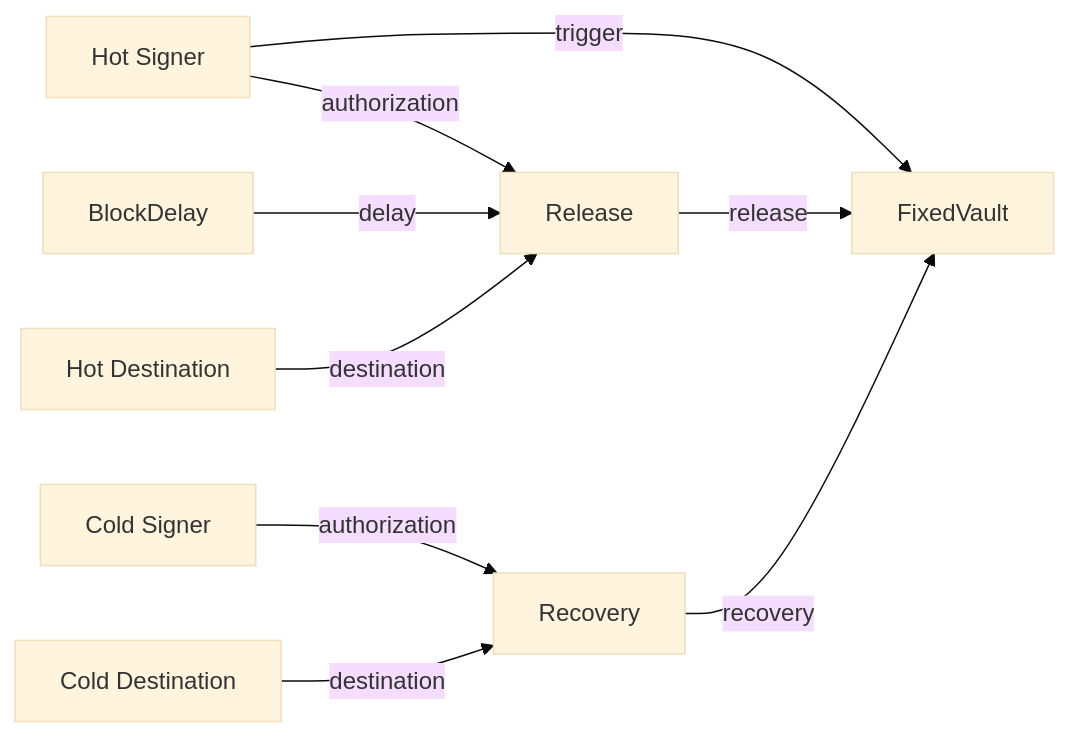
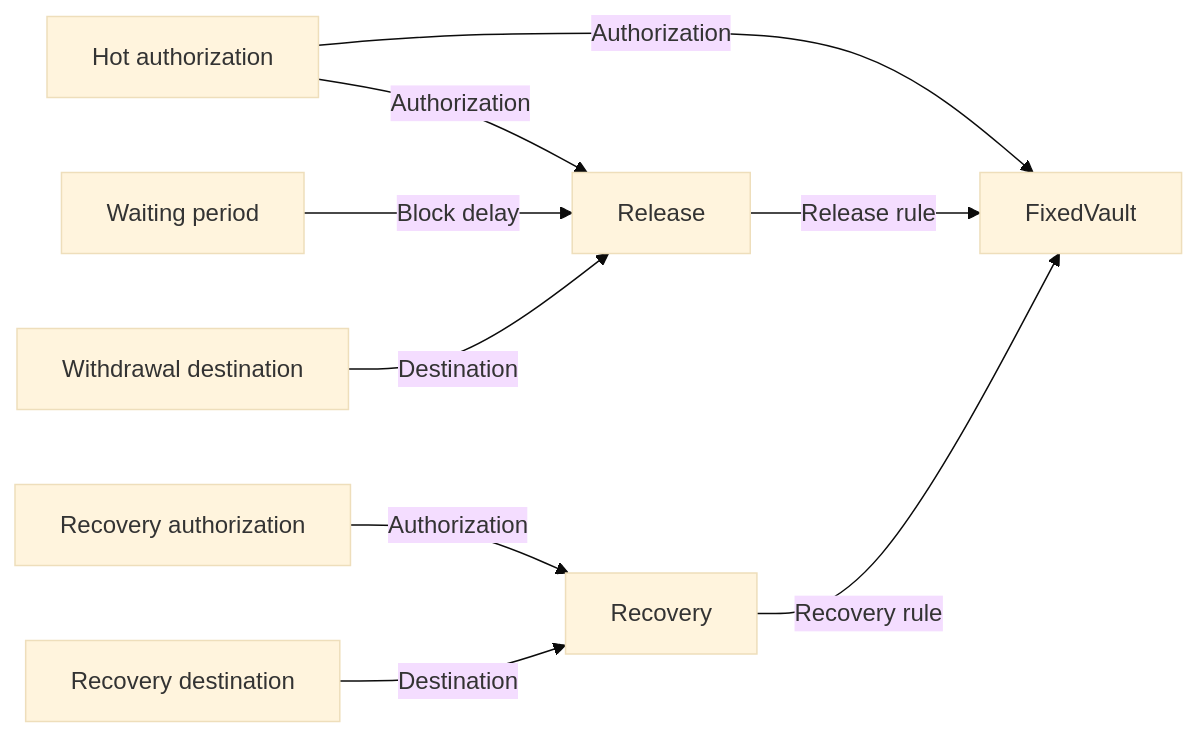
Before and after one commit to sapio-lang/sapio: the diagram in contrib/build-a-vault/README.md, drawn with Mermaid (base theme). The commit also changed other lines of this file and 3 other files, not shown here.

````diff
--- a/contrib/build-a-vault/README.md
+++ b/contrib/build-a-vault/README.md
@@ -121,11 +150,11 @@
 ```mermaid
 flowchart LR
-    hot[Hot Signer] -->|authorization| release[Release]
-    delay[BlockDelay] -->|delay| release
-    hotdest[Hot Destination] -->|destination| release
-    cold[Cold Signer] -->|authorization| recovery[Recovery]
-    colddest[Cold Destination] -->|destination| recovery
-    hot -->|trigger| vault[FixedVault]
-    release -->|release| vault
-    recovery -->|recovery| vault
+    hot[Hot authorization] -->|Authorization| release[Release]
+    delay[Waiting period] -->|Block delay| release
+    hotdest[Withdrawal destination] -->|Destination| release
+    cold[Recovery authorization] -->|Authorization| recovery[Recovery]
+    colddest[Recovery destination] -->|Destination| recovery
+    hot -->|Authorization| vault[FixedVault]
+    release -->|Release rule| vault
+    recovery -->|Recovery rule| vault
 ```
````
